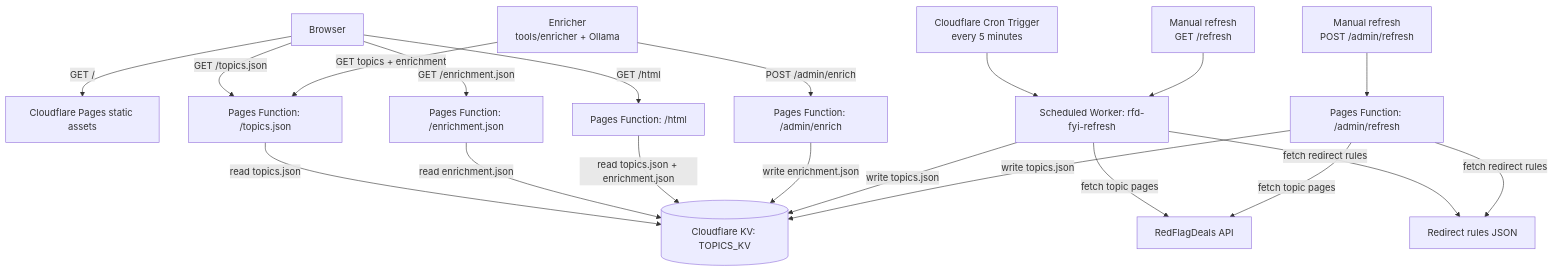
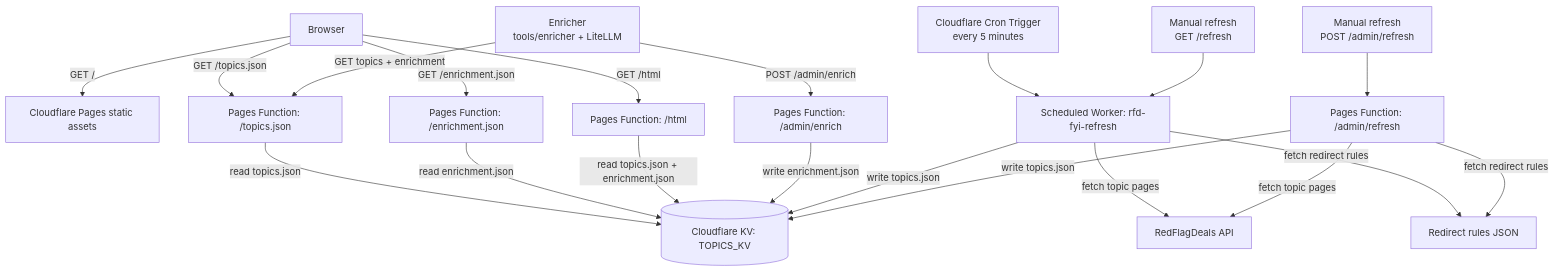
Before and after one commit to davegallant/rfd-fyi: the diagram in README.md, drawn with Mermaid. The commit also changed other lines of this file and 9 other files, not shown here.

First line of the commit message:
feat(enricher): add a LiteLLM provider and default to minimax-m3

````diff
--- a/README.md
+++ b/README.md
@@ -9,26 +9,26 @@
 ```mermaid
 flowchart TD
   Browser[Browser] -->|GET /| Pages[Cloudflare Pages static assets]
   Browser -->|GET /topics.json| TopicsFn[Pages Function: /topics.json]
   Browser -->|GET /enrichment.json| EnrichFn[Pages Function: /enrichment.json]
   Browser -->|GET /html| HtmlFn[Pages Function: /html]
 
   TopicsFn -->|read topics.json| KV[(Cloudflare KV: TOPICS_KV)]
   EnrichFn -->|read enrichment.json| KV
   HtmlFn -->|read topics.json + enrichment.json| KV
 
-  Enricher[Enricher<br/>tools/enricher + Ollama] -->|GET topics + enrichment| TopicsFn
+  Enricher[Enricher<br/>tools/enricher + LiteLLM] -->|GET topics + enrichment| TopicsFn
   Enricher -->|POST /admin/enrich| EnrichAdmin[Pages Function: /admin/enrich]
   EnrichAdmin -->|write enrichment.json| KV
 
   Cron[Cloudflare Cron Trigger<br/>every 5 minutes] --> RefreshWorker[Scheduled Worker: rfd-fyi-refresh]
   RefreshWorker -->|fetch topic pages| RFD[RedFlagDeals API]
   RefreshWorker -->|fetch redirect rules| Redirects[Redirect rules JSON]
   RefreshWorker -->|write topics.json| KV
 
   AdminPages[Manual refresh<br/>POST /admin/refresh] --> TopicsRefreshFn[Pages Function: /admin/refresh]
   AdminWorker[Manual refresh<br/>GET /refresh] --> RefreshWorker
   TopicsRefreshFn -->|fetch topic pages| RFD
   TopicsRefreshFn -->|fetch redirect rules| Redirects
   TopicsRefreshFn -->|write topics.json| KV
 ```
````
